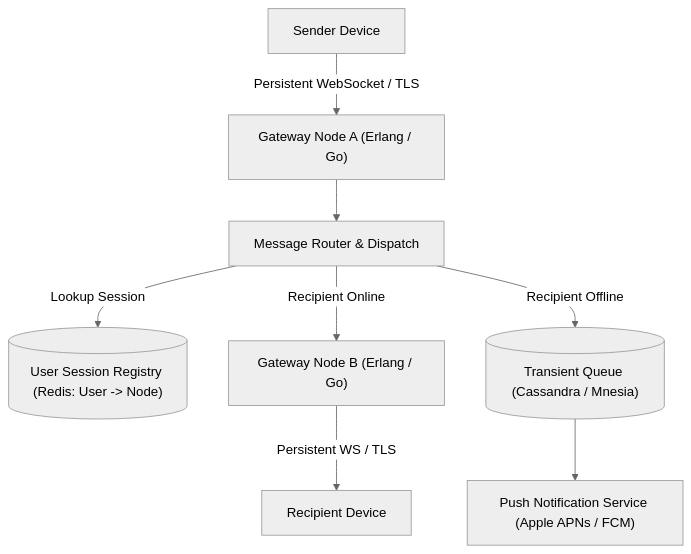
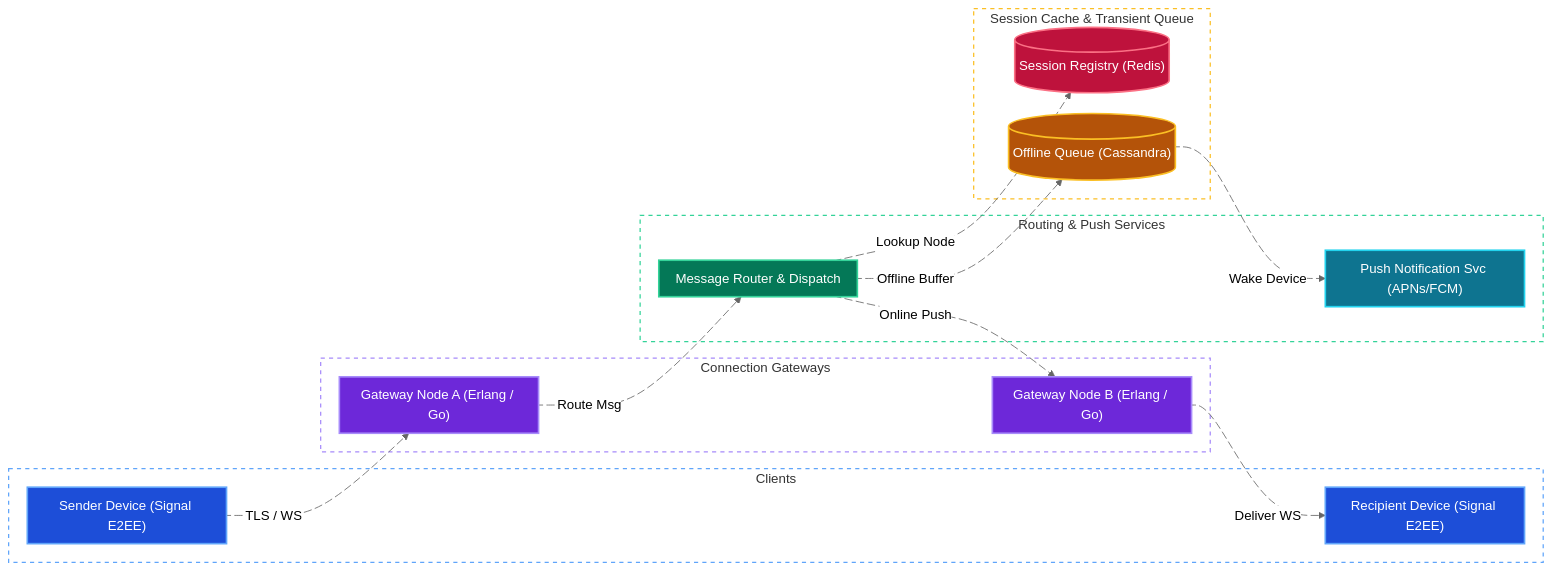
The first of 3 diagrams in system-design/whatsapp.md (tarunbatta/tech-interview-prep), drawn with Mermaid (neutral theme) before and after one commit. The commit also changed other lines of this file and 30 other files, not shown here.

First line of the commit message:
docs(system-design): convert Mermaid flowcharts to LR with colors and animated edges

````diff
--- a/system-design/whatsapp.md
+++ b/system-design/whatsapp.md
@@ -65,10 +65,54 @@
 ```mermaid
-flowchart TD
-    Sender["Sender Device"] -->|"Persistent WebSocket / TLS"| GwA["Gateway Node A (Erlang / Go)"]
-    GwA --> Router["Message Router & Dispatch"]
-    Router -->|"Lookup Session"| SessionReg[("User Session Registry (Redis: User -> Node)")]
-    Router -->|"Recipient Online"| GwB["Gateway Node B (Erlang / Go)"]
-    GwB -->|"Persistent WS / TLS"| Recipient["Recipient Device"]
-    Router -->|"Recipient Offline"| OfflineQueue[("Transient Queue (Cassandra / Mnesia)")]
-    OfflineQueue --> PushSvc["Push Notification Service (Apple APNs / FCM)"]
+%%{init: {'flowchart': {'nodeSpacing': 25, 'rankSpacing': 45, 'padding': 10}}}%%
+flowchart LR
+    subgraph ClientTier["Clients"]
+        Sender["Sender Device (Signal E2EE)"]
+        Recipient["Recipient Device (Signal E2EE)"]
+    end
+    subgraph EdgeTier["Connection Gateways"]
+        GwA["Gateway Node A (Erlang / Go)"]
+        GwB["Gateway Node B (Erlang / Go)"]
+    end
+    subgraph AppBackend["Routing & Push Services"]
+        Router["Message Router & Dispatch"]
+        PushSvc["Push Notification Svc (APNs/FCM)"]
+    end
+    subgraph DataLayer["Session Cache & Transient Queue"]
+        SessionReg[("Session Registry (Redis)")]
+        OfflineQueue[("Offline Queue (Cassandra)")]
+    end
+    Sender e1@-->|"TLS / WS"| GwA
+    GwA e2@-->|"Route Msg"| Router
+    Router e3@-->|"Lookup Node"| SessionReg
+    Router e4@-->|"Online Push"| GwB
+    GwB e5@-->|"Deliver WS"| Recipient
+    Router e6@-->|"Offline Buffer"| OfflineQueue
+    OfflineQueue e7@-->|"Wake Device"| PushSvc
+
+    e1@{ animate: true }
+    e2@{ animate: true }
+    e3@{ animate: true }
+    e4@{ animate: true }
+    e5@{ animate: true }
+    e6@{ animate: true }
+    e7@{ animate: true }
+
+    classDef client fill:#1d4ed8,stroke:#60a5fa,stroke-width:2px,color:#ffffff
+    classDef edge fill:#6d28d9,stroke:#a78bfa,stroke-width:2px,color:#ffffff
+    classDef service fill:#047857,stroke:#34d399,stroke-width:2px,color:#ffffff
+    classDef worker fill:#0e7490,stroke:#22d3ee,stroke-width:2px,color:#ffffff
+    classDef cache fill:#be123c,stroke:#fb7185,stroke-width:2px,color:#ffffff
+    classDef storage fill:#b45309,stroke:#fbbf24,stroke-width:2px,color:#ffffff
+
+    class Sender,Recipient client
+    class GwA,GwB edge
+    class Router service
+    class PushSvc worker
+    class SessionReg cache
+    class OfflineQueue storage
+
+    style ClientTier fill:transparent,stroke:#60a5fa,stroke-width:1.5px,stroke-dasharray: 5 5
+    style EdgeTier fill:transparent,stroke:#a78bfa,stroke-width:1.5px,stroke-dasharray: 5 5
+    style AppBackend fill:transparent,stroke:#34d399,stroke-width:1.5px,stroke-dasharray: 5 5
+    style DataLayer fill:transparent,stroke:#fbbf24,stroke-width:1.5px,stroke-dasharray: 5 5
 ```
````
